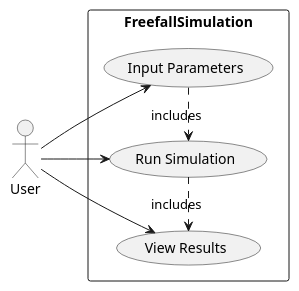
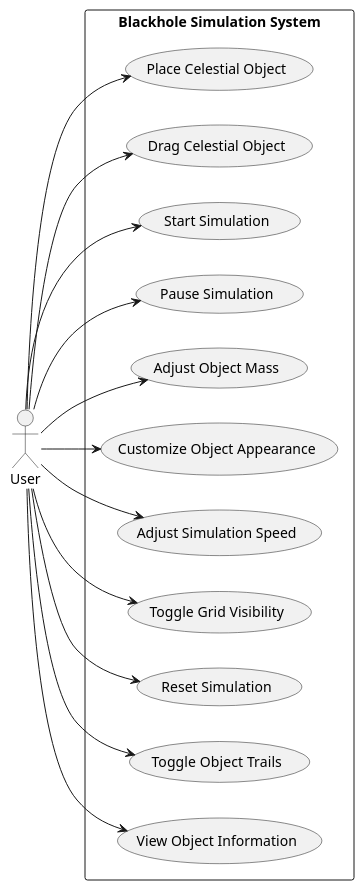
The first of 3 diagrams in example/prompt-raw/.embeded-prompt.md (Mandelbroetchen/iterative-synthesis-loop), drawn with PlantUML before and after one commit. The commit also changed other lines of this file and 48 other files, not shown here.

```diff
--- a/example/prompt-raw/.embeded-prompt.md
+++ b/example/prompt-raw/.embeded-prompt.md
@@ -143,20 +190,33 @@
 @startuml usecase-diagram
 
 left to right direction
 
-actor User
+actor User as user
 
-rectangle FreefallSimulation {
-  usecase (Input Parameters) as UC1
-  usecase (Run Simulation) as UC2
-  usecase (View Results) as UC3
+rectangle "Blackhole Simulation System" {
+  usecase "Place Celestial Object" as UC1
+  usecase "Drag Celestial Object" as UC2
+  usecase "Start Simulation" as UC3
+  usecase "Pause Simulation" as UC4
+  usecase "Adjust Object Mass" as UC5
+  usecase "Customize Object Appearance" as UC6
+  usecase "Adjust Simulation Speed" as UC7
+  usecase "Toggle Grid Visibility" as UC8
+  usecase "Reset Simulation" as UC9
+  usecase "Toggle Object Trails" as UC10
+  usecase "View Object Information" as UC11
 }
 
-User --> UC1
-User --> UC2
-User --> UC3
-
-UC1 .> UC2 : includes
-UC2 .> UC3 : includes
+user --> UC1
+user --> UC2
+user --> UC3
+user --> UC4
+user --> UC5
+user --> UC6
+user --> UC7
+user --> UC8
+user --> UC9
+user --> UC10
+user --> UC11
 
 @enduml
```
